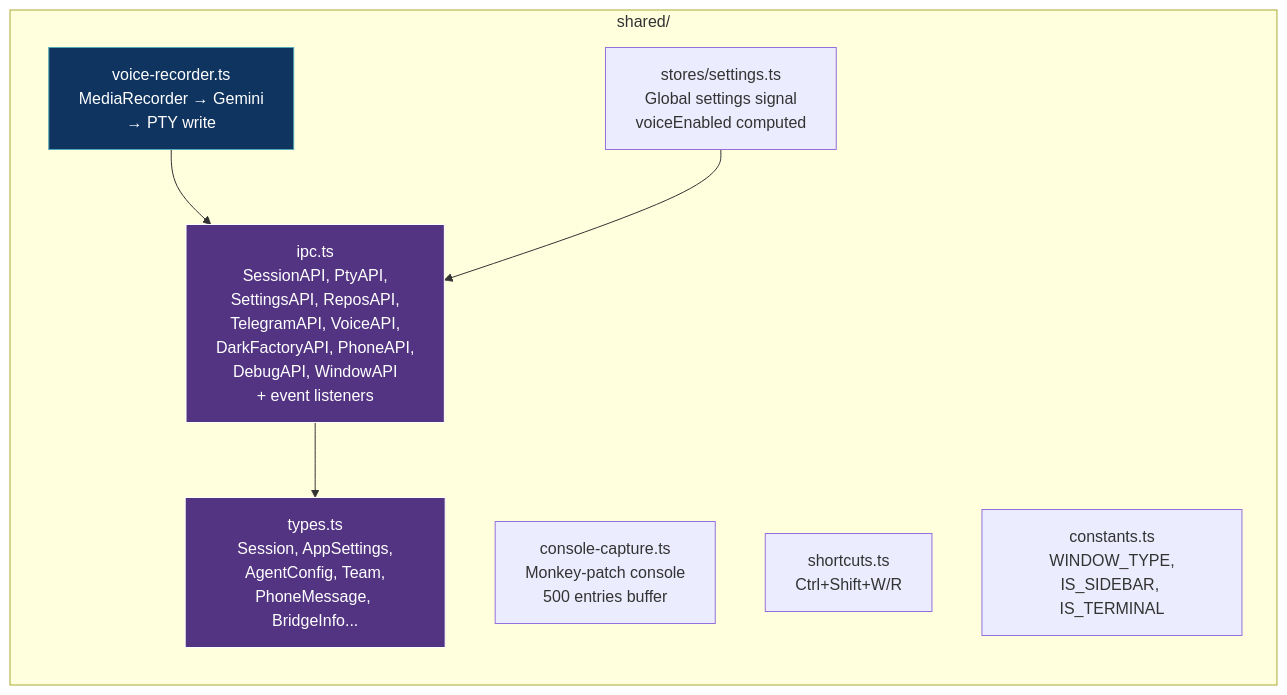
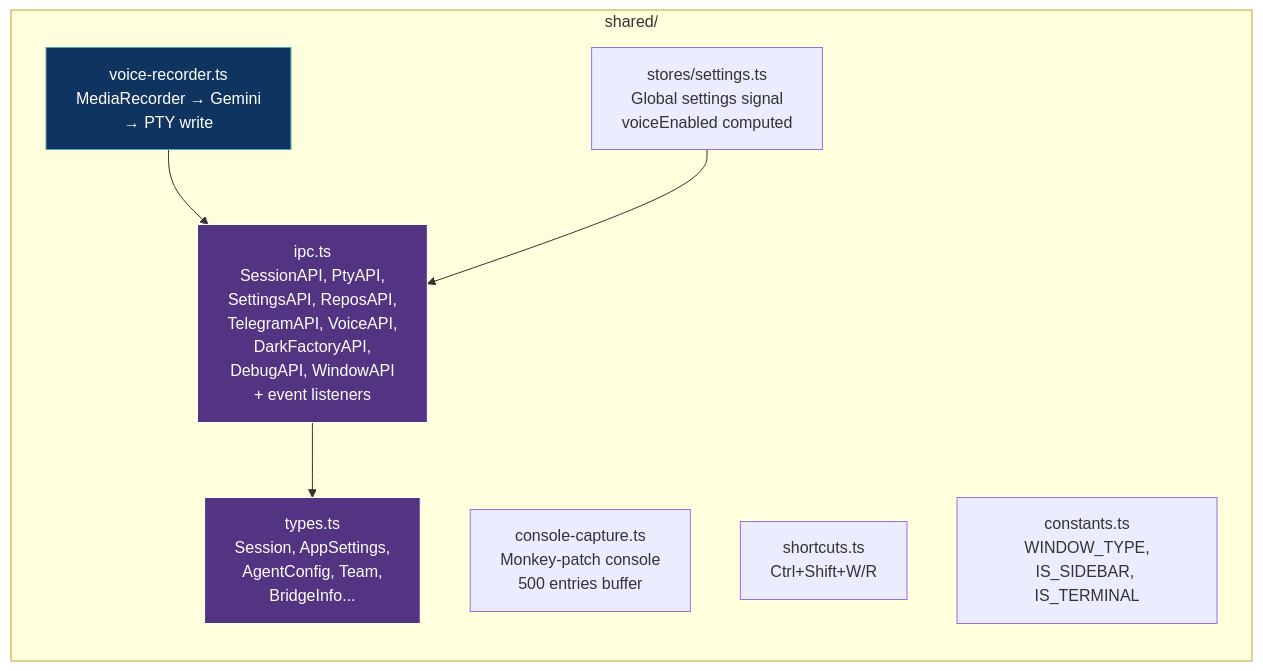
The fifth of 15 diagrams in docs/reference/architecture.md (mblua/AgentsCommander), drawn with Mermaid before and after one commit. The commit also changed other lines of this file and 3 other files, not shown here.

````diff
--- a/docs/reference/architecture.md
+++ b/docs/reference/architecture.md
@@ -225,26 +219,26 @@
 ```mermaid
 graph LR
     subgraph "shared/"
-        TYPES["types.ts<br/>Session, AppSettings,<br/>AgentConfig, Team,<br/>PhoneMessage, BridgeInfo..."]
+        TYPES["types.ts<br/>Session, AppSettings,<br/>AgentConfig, Team,<br/>BridgeInfo..."]
 
-        IPC["ipc.ts<br/>SessionAPI, PtyAPI,<br/>SettingsAPI, ReposAPI,<br/>TelegramAPI, VoiceAPI,<br/>DarkFactoryAPI, PhoneAPI,<br/>DebugAPI, WindowAPI<br/>+ event listeners"]
+        IPC["ipc.ts<br/>SessionAPI, PtyAPI,<br/>SettingsAPI, ReposAPI,<br/>TelegramAPI, VoiceAPI,<br/>DarkFactoryAPI,<br/>DebugAPI, WindowAPI<br/>+ event listeners"]
 
         VOICE["voice-recorder.ts<br/>MediaRecorder → Gemini<br/>→ PTY write"]
 
         CONSOLE["console-capture.ts<br/>Monkey-patch console<br/>500 entries buffer"]
 
         SSTORE["stores/settings.ts<br/>Global settings signal<br/>voiceEnabled computed"]
 
         SHORTS["shortcuts.ts<br/>Ctrl+Shift+W/R"]
 
         CONST["constants.ts<br/>WINDOW_TYPE,<br/>IS_SIDEBAR, IS_TERMINAL"]
     end
 
     IPC --> TYPES
     VOICE --> IPC
     SSTORE --> IPC
 
     style TYPES fill:#533483,stroke:#fff,color:#fff
     style IPC fill:#533483,stroke:#fff,color:#fff
     style VOICE fill:#0f3460,stroke:#53a8b6,color:#fff
 ```
````
